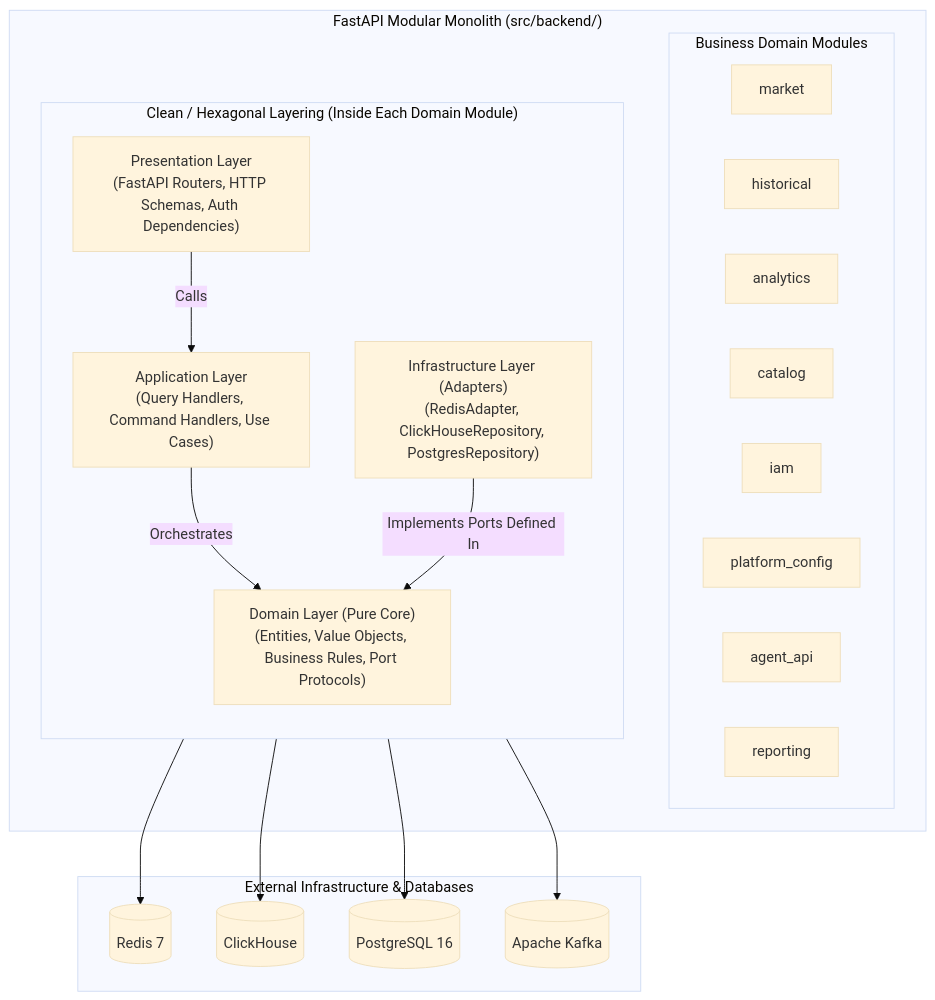
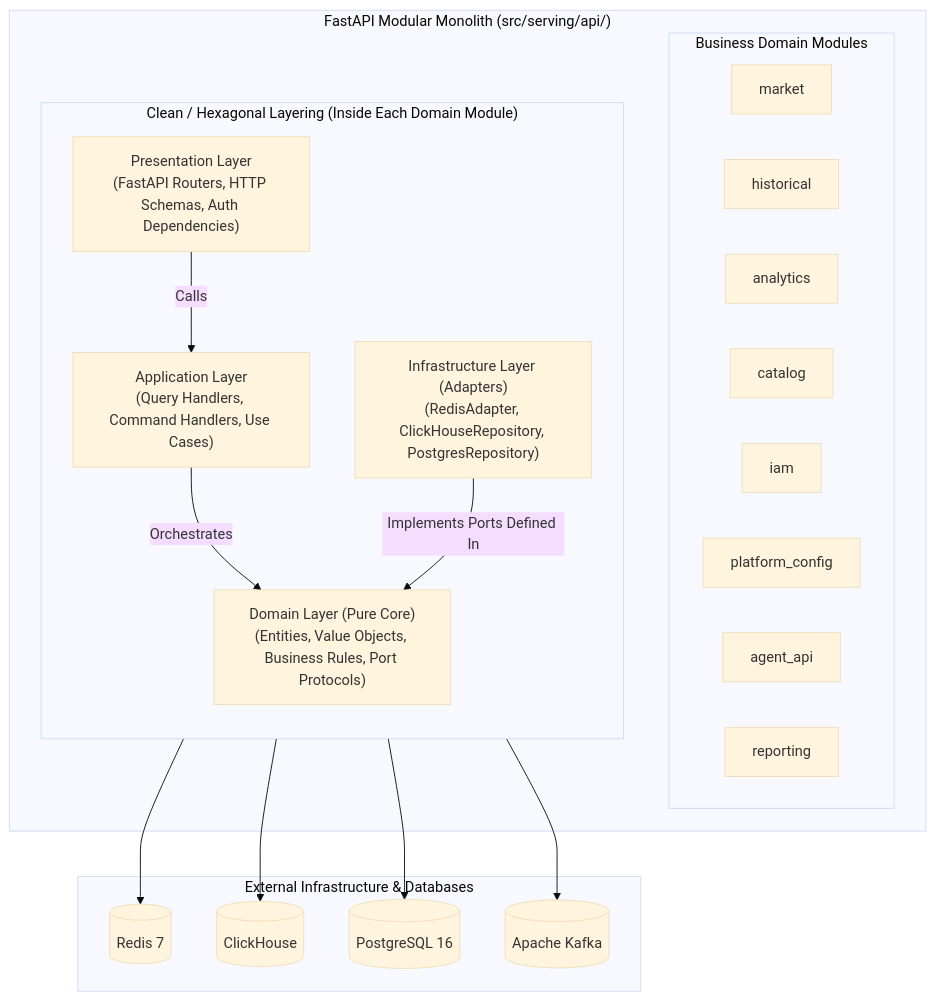
The diagram in docs/diagrams/backend/08-backend-module-architecture.md (DungTran1201/FinancialMarketDataPlatform), drawn with Mermaid (base theme) before and after one commit. The commit also changed 298 other files, not shown here.

Commit message:
feat: initialize financial market data platform with ingestion service, architecture docs, and deployment setup

````diff
--- a/docs/diagrams/backend/08-backend-module-architecture.md
+++ b/docs/diagrams/backend/08-backend-module-architecture.md
@@ -11,39 +11,39 @@
 ```mermaid
 flowchart TB
-    subgraph FastAPIMonolith["FastAPI Modular Monolith (src/backend/)"]
+    subgraph FastAPIMonolith["FastAPI Modular Monolith (src/serving/api/)"]
         subgraph DomainModules["Business Domain Modules"]
             M1["market"]
             M2["historical"]
             M3["analytics"]
             M4["catalog"]
             M5["iam"]
             M6["platform_config"]
             M7["agent_api"]
             M8["reporting"]
         end
 
         subgraph HexagonalZoom["Clean / Hexagonal Layering (Inside Each Domain Module)"]
             direction TB
             Pres["Presentation Layer<br/>(FastAPI Routers, HTTP Schemas, Auth Dependencies)"]
             App["Application Layer<br/>(Query Handlers, Command Handlers, Use Cases)"]
             Dom["Domain Layer (Pure Core)<br/>(Entities, Value Objects, Business Rules, Port Protocols)"]
             Infra["Infrastructure Layer (Adapters)<br/>(RedisAdapter, ClickHouseRepository, PostgresRepository)"]
 
             Pres -->|"Calls"| App
             App -->|"Orchestrates"| Dom
             Infra -->|"Implements Ports Defined In"| Dom
         end
     end
 
     subgraph ExternalDrivers["External Infrastructure & Databases"]
         Redis[("Redis 7")]
         ClickHouse[("ClickHouse")]
         Postgres[("PostgreSQL 16")]
         Kafka[("Apache Kafka")]
     end
 
     Infra --> Redis
     Infra --> ClickHouse
     Infra --> Postgres
     Infra --> Kafka
 ```
````
